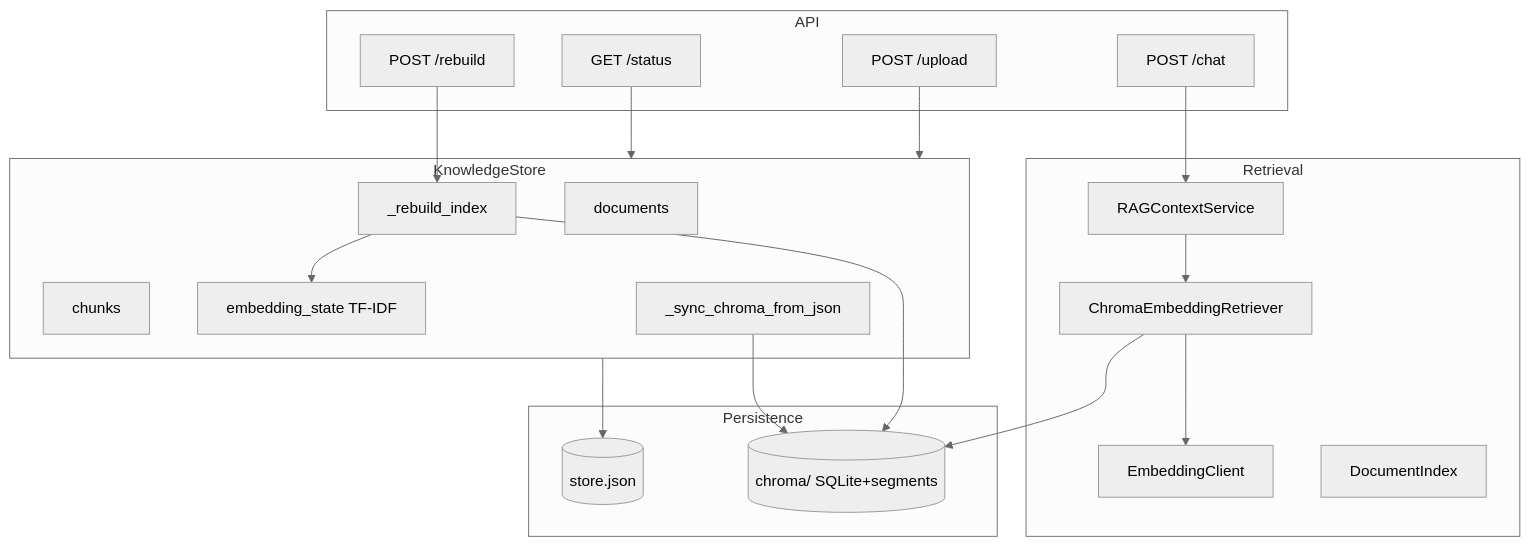
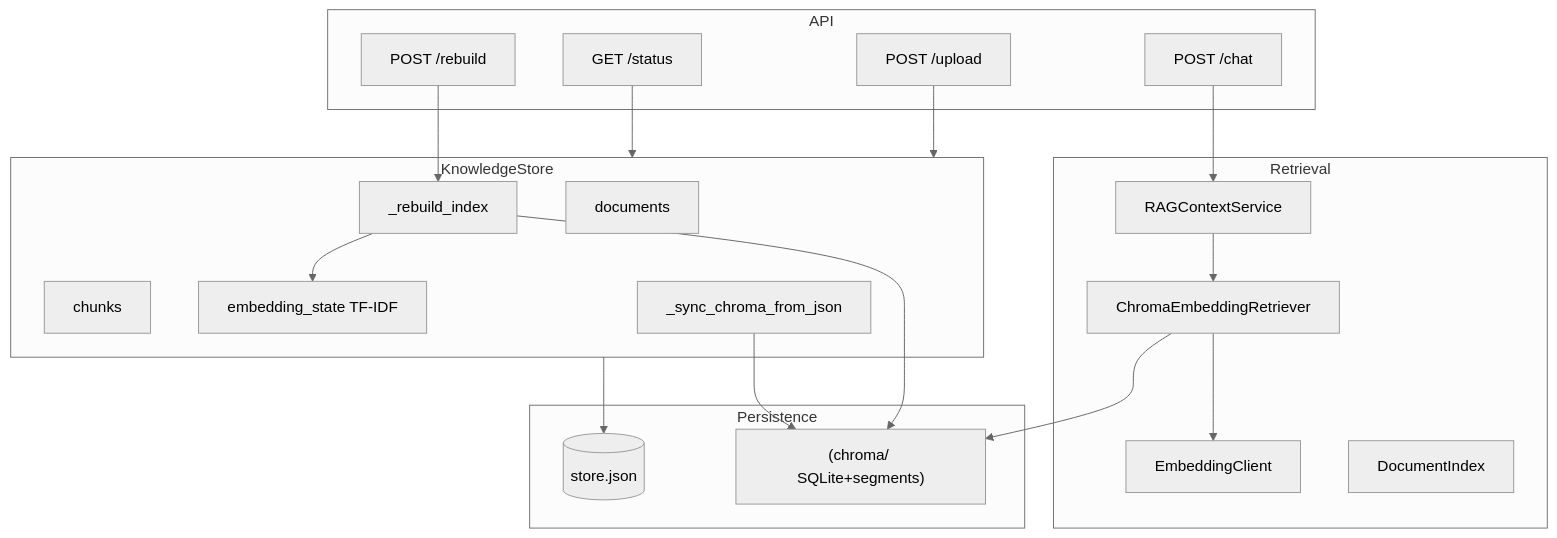
Before and after one commit to ab6539763/70_days_course_plus: the first of 5 diagrams in course/day29/03_架构设计.md, drawn with Mermaid (neutral theme). The commit also changed 134 other files, not shown here.

````diff
--- a/course/day29/03_架构设计.md
+++ b/course/day29/03_架构设计.md
@@ -7,37 +7,37 @@
 ```mermaid
 flowchart TB
     subgraph API
-        UP[POST /upload]
-        RB[POST /rebuild]
-        ST[GET /status]
-        CH[POST /chat]
+        UP["POST /upload"]
+        RB["POST /rebuild"]
+        ST["GET /status"]
+        CH["POST /chat"]
     end
     subgraph KnowledgeStore
         DOC[documents]
         CHK[chunks]
         EMB[embedding_state TF-IDF]
         RI[_rebuild_index]
         SY[_sync_chroma_from_json]
     end
     subgraph Persistence
         JSON[(store.json)]
-        CHR[(chroma/ SQLite+segments)]
+        CHR["(chroma/ SQLite+segments)"]
     end
     subgraph Retrieval
         EC[EmbeddingClient]
         CER[ChromaEmbeddingRetriever]
         DI[DocumentIndex]
         RAG[RAGContextService]
     end
     UP --> KnowledgeStore
     RB --> RI
     RI --> EMB
     RI --> CHR
     KnowledgeStore --> JSON
     SY --> CHR
     CH --> RAG
     RAG --> CER
     CER --> EC
     CER --> CHR
     ST --> KnowledgeStore
 ```
````
